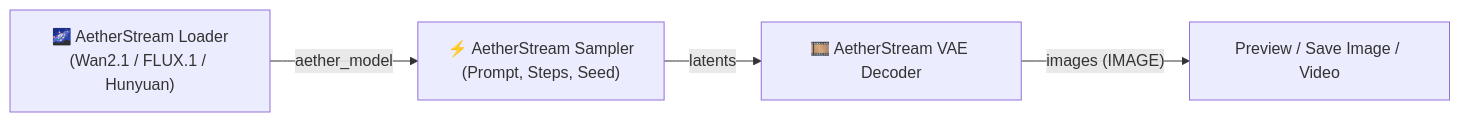
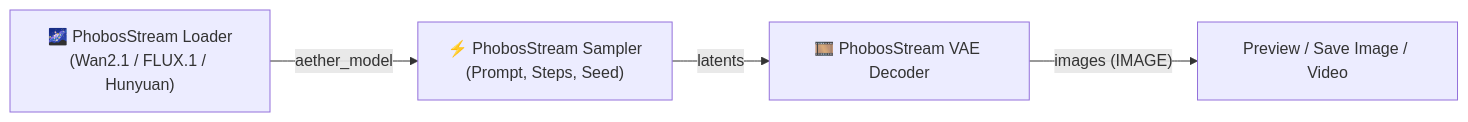
Before and after one commit to martianacademy/phobos-stream: the second of 2 diagrams in README.md, drawn with Mermaid. The commit also changed other lines of this file and 78 other files, not shown here.

Commit message:
refactor: rename project to PhobosStream and update namespace

````diff
--- a/README.md
+++ b/README.md
@@ -135,6 +135,6 @@
 ```mermaid
 graph LR
-    L["🌌 AetherStream Loader<br/>(Wan2.1 / FLUX.1 / Hunyuan)"] -->|"aether_model"| S["⚡ AetherStream Sampler<br/>(Prompt, Steps, Seed)"]
-    S -->|"latents"| V["🎞️ AetherStream VAE Decoder"]
+    L["🌌 PhobosStream Loader<br/>(Wan2.1 / FLUX.1 / Hunyuan)"] -->|"aether_model"| S["⚡ PhobosStream Sampler<br/>(Prompt, Steps, Seed)"]
+    S -->|"latents"| V["🎞️ PhobosStream VAE Decoder"]
     V -->|"images (IMAGE)"| P["Preview / Save Image / Video"]
 ```
````
